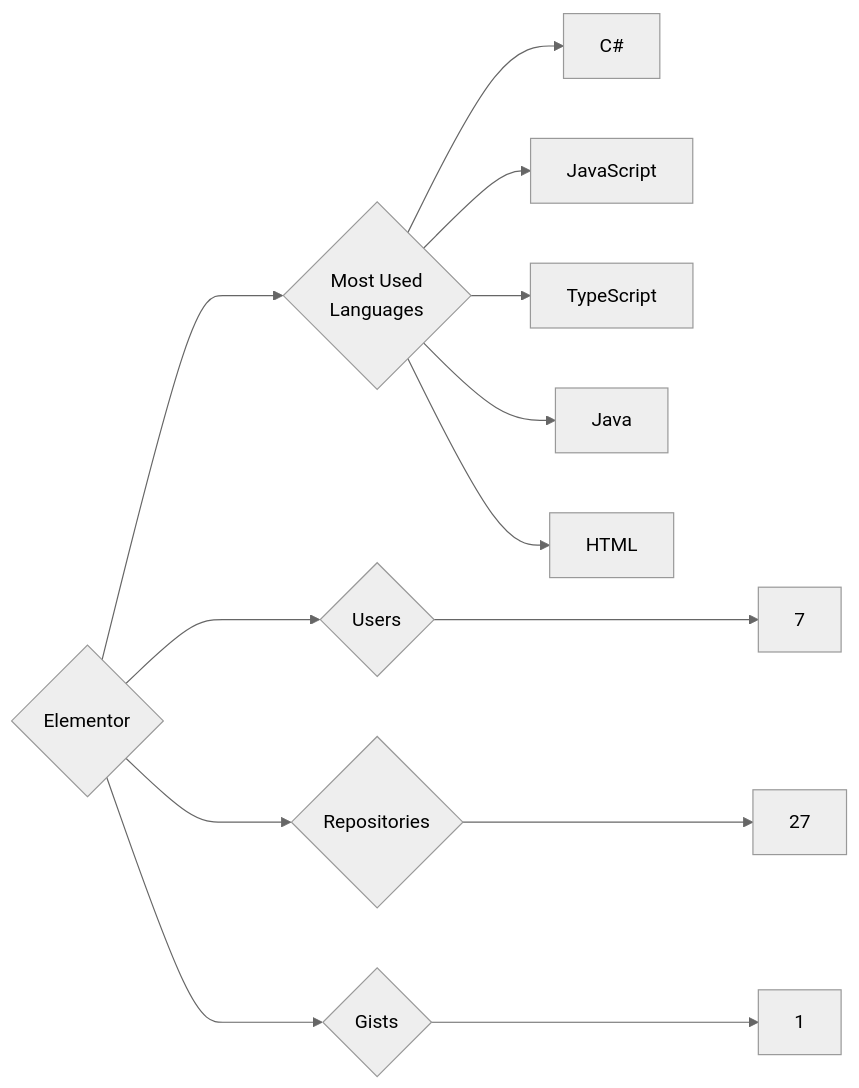
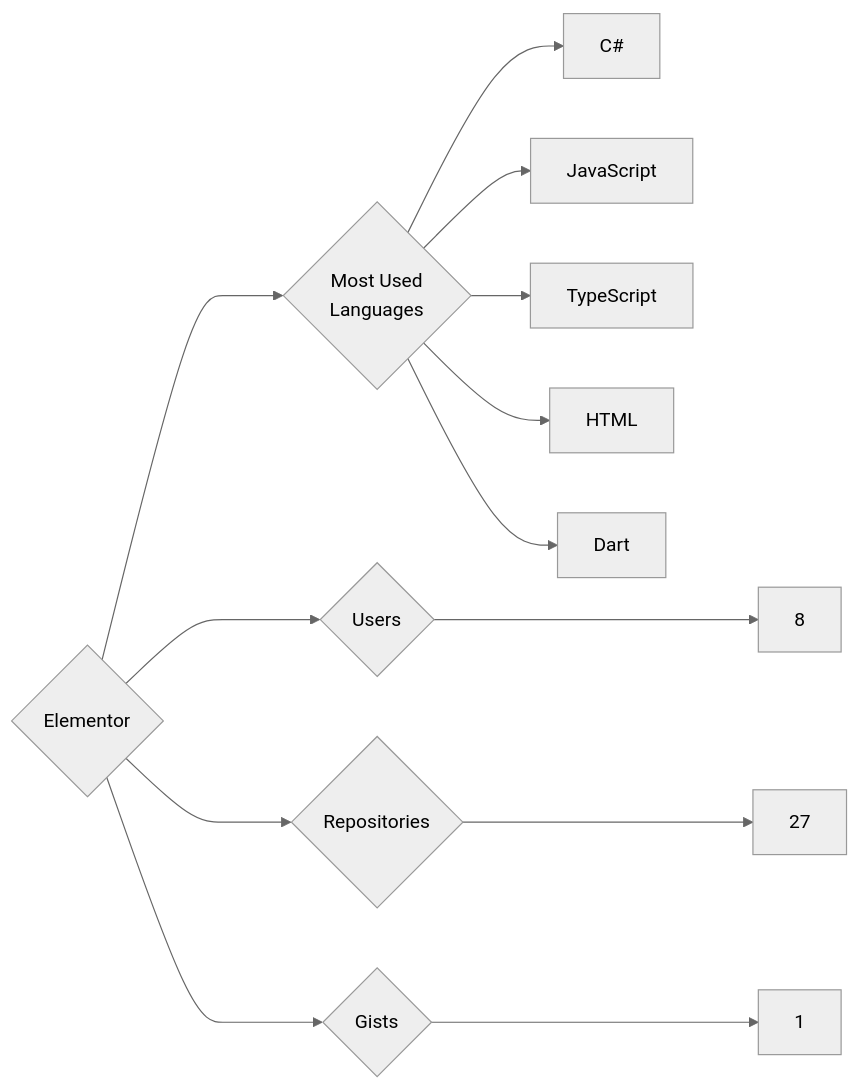
Before and after one commit to trickest/insiders: the diagram in targets/Elementor/README.md, drawn with Mermaid (neutral theme). The commit also changed 776 other files, not shown here.

````diff
--- a/targets/Elementor/README.md
+++ b/targets/Elementor/README.md
@@ -3,13 +3,13 @@
 ```mermaid
 graph LR
 COMPANY_NAME{Elementor}
-COMPANY_NAME ---> U{Users} ---> UN[7]
+COMPANY_NAME ---> U{Users} ---> UN[8]
 COMPANY_NAME ---> R{Repositories} ---> RN[27]
 COMPANY_NAME ---> G{Gists} ---> GN[1]
 COMPANY_NAME ---> ML{Most Used<br>Languages}
 ML --> C#[C#]
 ML --> JavaScript[JavaScript]
 ML --> TypeScript[TypeScript]
-ML --> Java[Java]
 ML --> HTML[HTML]
+ML --> Dart[Dart]
 ```
````
